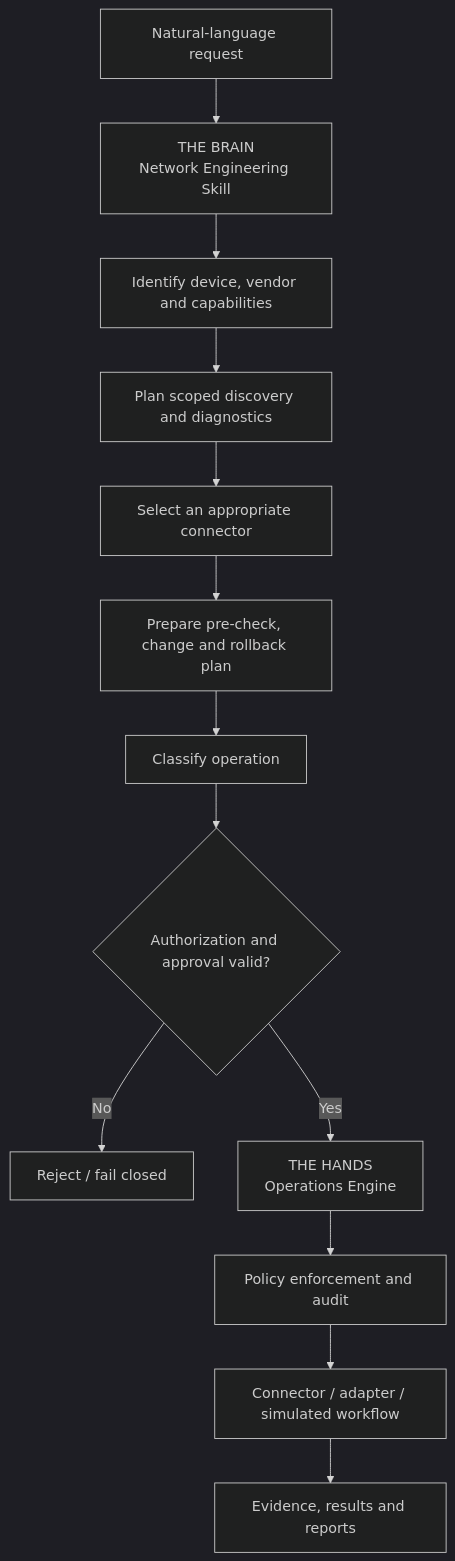
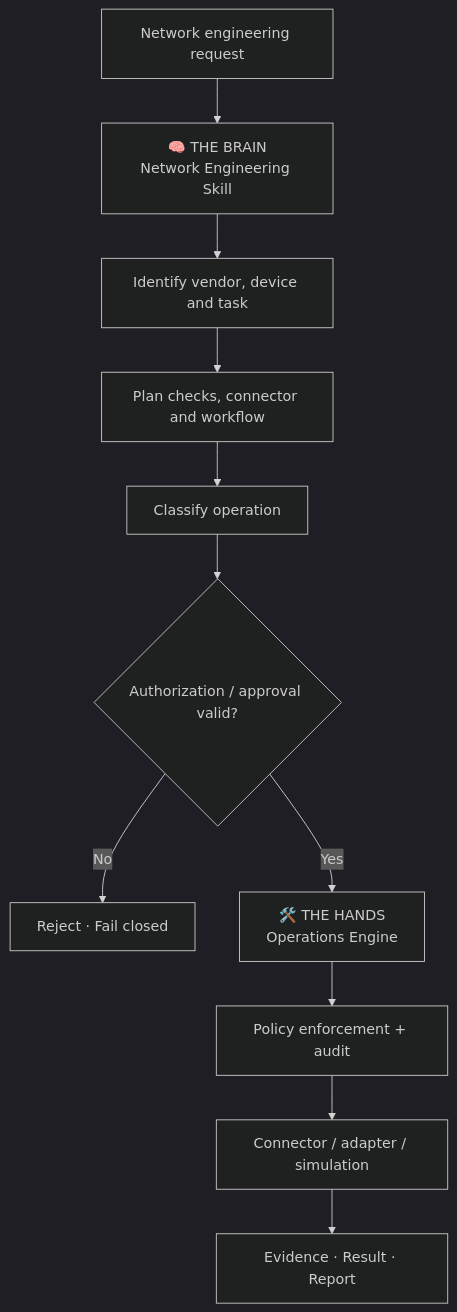
The diagram in README.md (Sainz11/network-engineering-skill), drawn with Mermaid (dark theme) before and after one commit. The commit also changed other lines of this file, not shown here.

````diff
--- a/README.md
+++ b/README.md
@@ -39,15 +61,13 @@
 ```mermaid
-flowchart TB
-    A["Natural-language request"] --> B["THE BRAIN<br/>Network Engineering Skill"]
-    B --> B1["Identify device, vendor and capabilities"]
-    B1 --> B2["Plan scoped discovery and diagnostics"]
-    B2 --> B3["Select an appropriate connector"]
-    B3 --> B4["Prepare pre-check, change and rollback plan"]
-    B4 --> C["Classify operation"]
-    C --> D{"Authorization and approval valid?"}
-    D -- "No" --> X["Reject / fail closed"]
-    D -- "Yes" --> E["THE HANDS<br/>Operations Engine"]
-    E --> F["Policy enforcement and audit"]
-    F --> G["Connector / adapter / simulated workflow"]
-    G --> H["Evidence, results and reports"]
+flowchart TD
+    A["Network engineering request"] --> B["🧠 THE BRAIN<br/>Network Engineering Skill"]
+    B --> C["Identify vendor, device and task"]
+    C --> D["Plan checks, connector and workflow"]
+    D --> E["Classify operation"]
+    E --> F{"Authorization / approval valid?"}
+    F -- "No" --> G["Reject · Fail closed"]
+    F -- "Yes" --> H["🛠️ THE HANDS<br/>Operations Engine"]
+    H --> I["Policy enforcement + audit"]
+    I --> J["Connector / adapter / simulation"]
+    J --> K["Evidence · Result · Report"]
 ```
````
